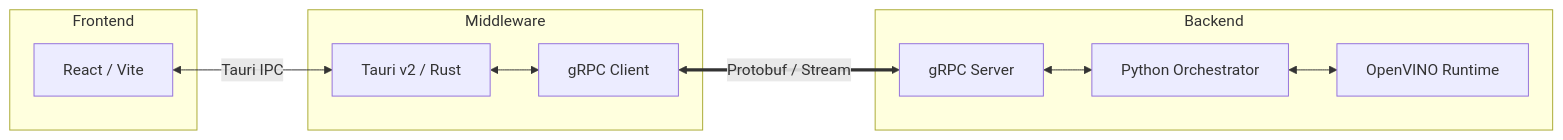
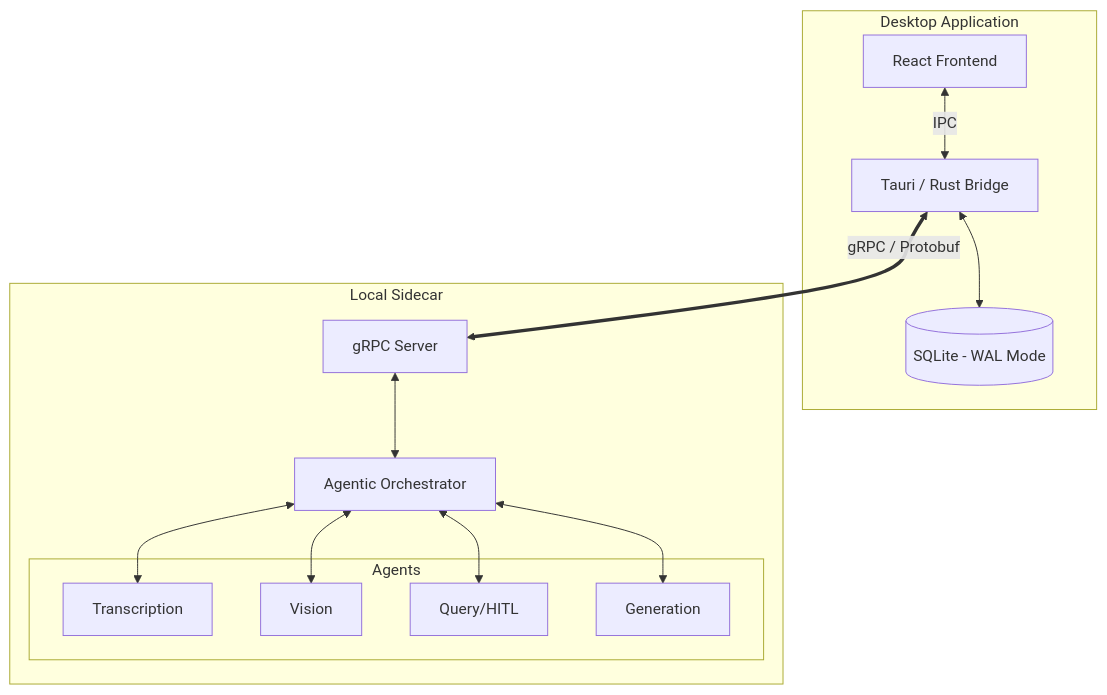
Before and after one commit to mahmadza/Intel-VDA-OpenVINO: the diagram in docs/architecture/architecture.md, drawn with Mermaid. The commit also changed other lines of this file and 3 other files, not shown here.

````diff
--- a/docs/architecture/architecture.md
+++ b/docs/architecture/architecture.md
@@ -28,23 +28,25 @@
 ```mermaid
-graph LR
-    subgraph UI_Layer [Frontend]
-        React[React / Vite]
+graph TD
+    subgraph Client_App [Desktop Application]
+        UI[React Frontend]
+        Rust[Tauri / Rust Bridge]
+        DB[(SQLite - WAL Mode)]
     end
 
-    subgraph Bridge_Layer [Middleware]
-        Tauri[Tauri v2 / Rust]
-        gRPC_C[gRPC Client]
+    subgraph AI_Engine [Local Sidecar]
+        Server[gRPC Server]
+        Orch[Agentic Orchestrator]
+        subgraph Agents
+            TA[Transcription]
+            VA[Vision]
+            QA[Query/HITL]
+            GA[Generation]
+        end
     end
 
-    subgraph Engine_Layer [Backend]
-        gRPC_S[gRPC Server]
-        Orch[Python Orchestrator]
-        OV[OpenVINO Runtime]
-    end
-
-    React <-->|Tauri IPC| Tauri
-    Tauri <--> gRPC_C
-    gRPC_C <==>|Protobuf / Stream| gRPC_S
-    gRPC_S <--> Orch
-    Orch <--> OV
+    UI <-->|IPC| Rust
+    Rust <--> DB
+    Rust <==>|gRPC / Protobuf| Server
+    Server <--> Orch
+    Orch <--> TA & VA & QA & GA
 ```
````
